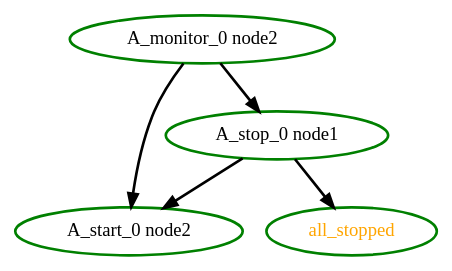
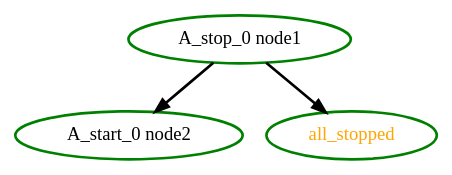
The diagram in pengine/test10/migrate-versioned.dot (ClusterLabs/pacemaker), drawn with Graphviz before and after one commit. The commit also changed 3 other files, not shown here.

```diff
--- a/pengine/test10/migrate-versioned.dot
+++ b/pengine/test10/migrate-versioned.dot
@@ -1,10 +1,7 @@
 digraph "g" {
-"A_monitor_0 node2" -> "A_start_0 node2" [ style = bold]
-"A_monitor_0 node2" -> "A_stop_0 node1" [ style = bold]
-"A_monitor_0 node2" [ style=bold color="green" fontcolor="black"]
 "A_start_0 node2" [ style=bold color="green" fontcolor="black"]
 "A_stop_0 node1" -> "A_start_0 node2" [ style = bold]
 "A_stop_0 node1" -> "all_stopped" [ style = bold]
 "A_stop_0 node1" [ style=bold color="green" fontcolor="black"]
 "all_stopped" [ style=bold color="green" fontcolor="orange"]
 }
```
